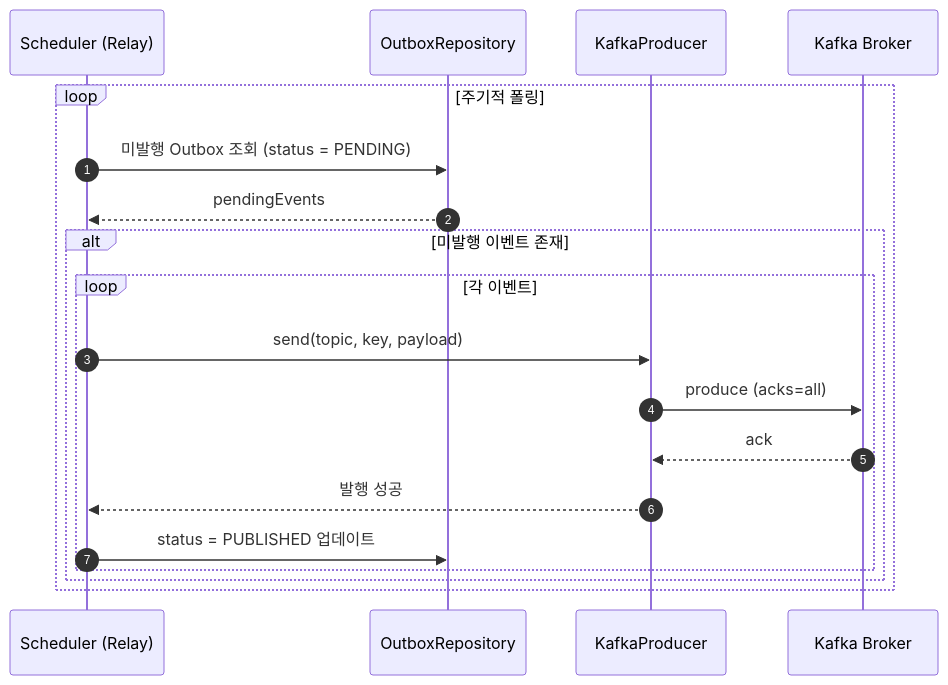
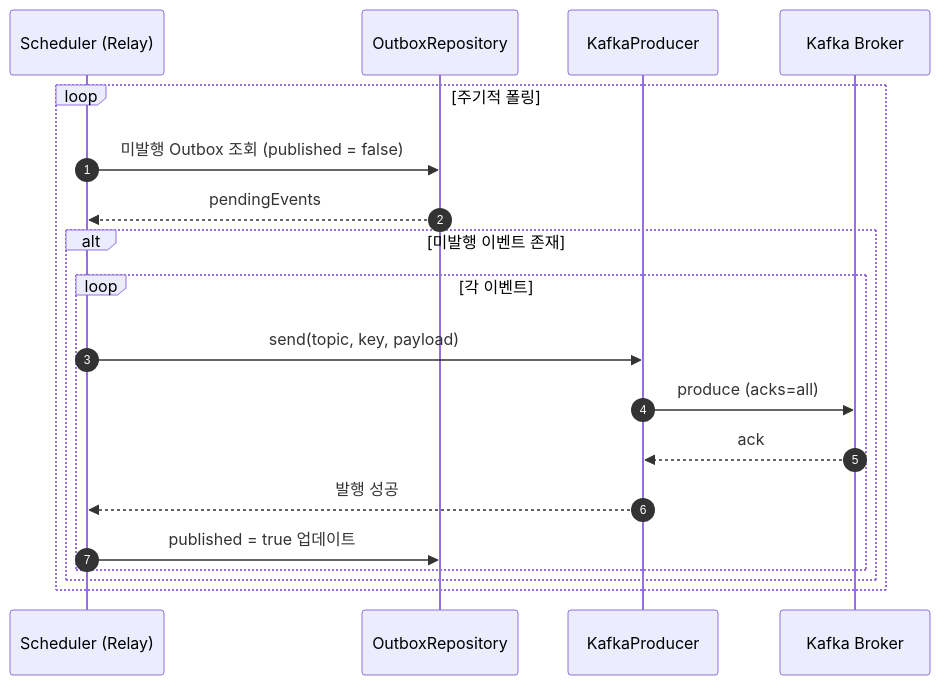
One commit to Loopers-dev-lab/loop-pack-be-l2-vol3-kotlin changed diagram 40 of 44 in docs/design/02-sequence-diagrams.md. Above: the diagram before and after it, drawn with Mermaid. The commit also changed other lines of this file and 14 other files, not shown here.

````diff
--- a/docs/design/02-sequence-diagrams.md
+++ b/docs/design/02-sequence-diagrams.md
@@ -1373,23 +1373,23 @@
 ```mermaid
 sequenceDiagram
     autonumber
     participant S as Scheduler (Relay)
     participant OR as OutboxRepository
     participant KP as KafkaProducer
     participant K as Kafka Broker
 
     loop 주기적 폴링
-        S ->> OR: 미발행 Outbox 조회 (status = PENDING)
+        S ->> OR: 미발행 Outbox 조회 (published = false)
         OR -->> S: pendingEvents
 
         alt 미발행 이벤트 존재
             loop 각 이벤트
                 S ->> KP: send(topic, key, payload)
                 KP ->> K: produce (acks=all)
                 K -->> KP: ack
                 KP -->> S: 발행 성공
-                S ->> OR: status = PUBLISHED 업데이트
+                S ->> OR: published = true 업데이트
             end
         end
     end
 ```
````
